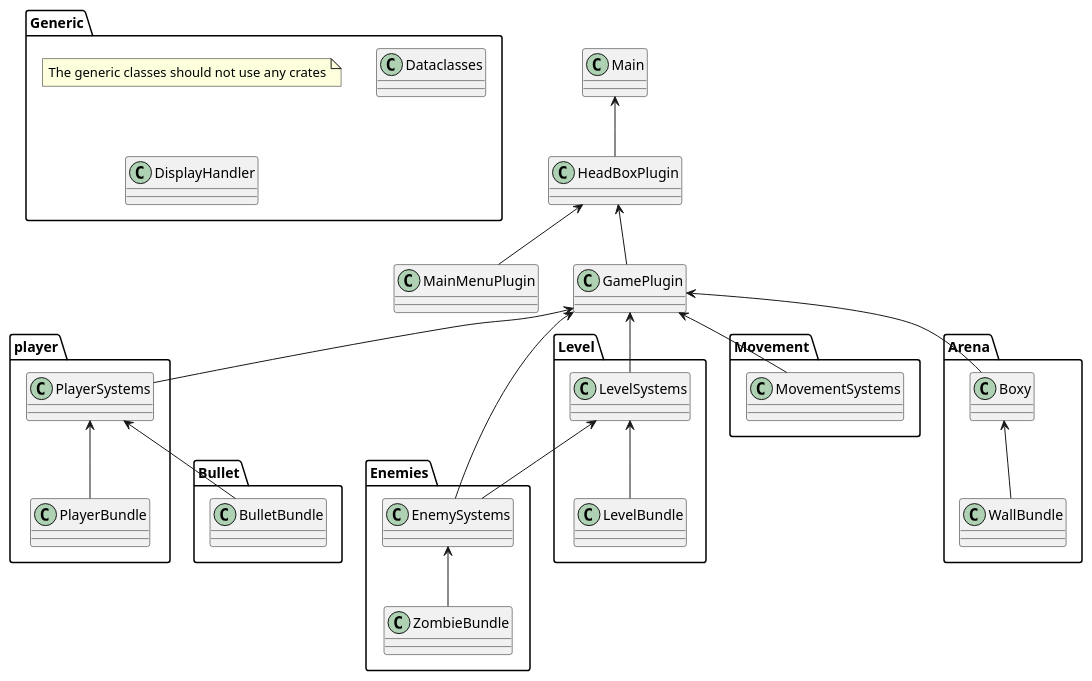
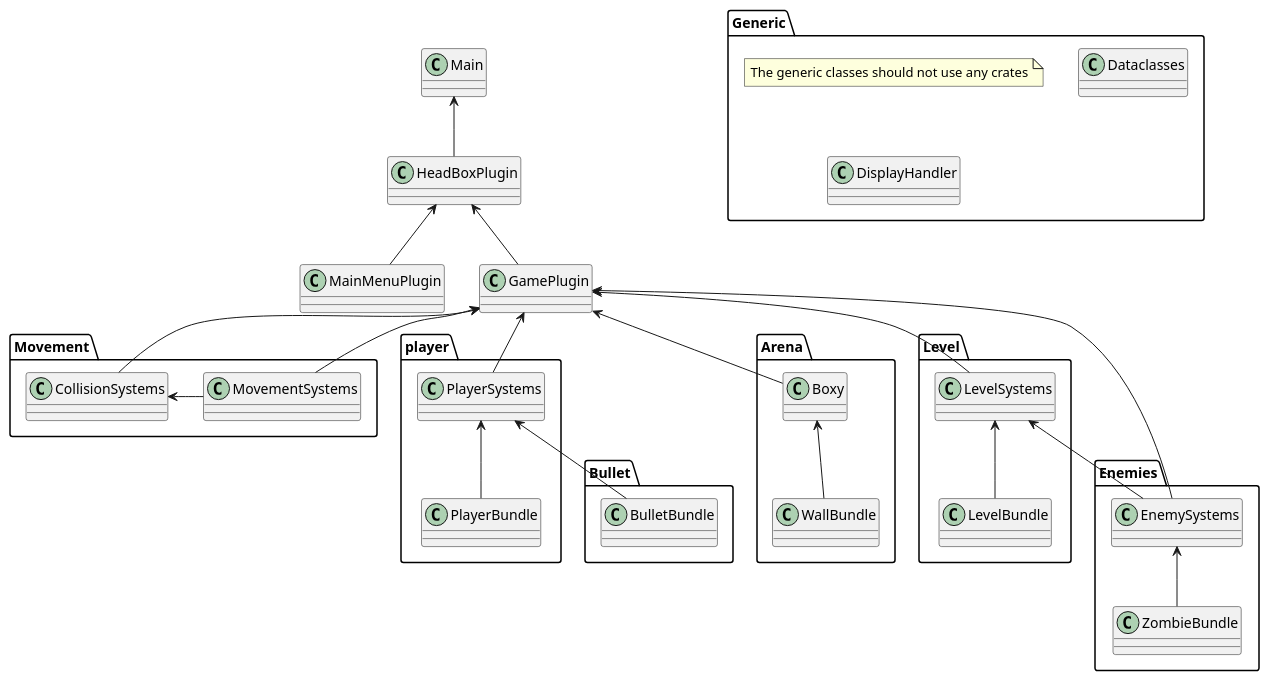
One commit to LuukHenk/head_box changed the diagram in docs/class_layout.puml. Above: the diagram before and after it, drawn with PlantUML. The commit also changed 9 other files, not shown here.

```diff
--- a/docs/class_layout.puml
+++ b/docs/class_layout.puml
@@ -1,62 +1,65 @@
 @startuml
 class Main
 class HeadBoxPlugin
 class MainMenuPlugin
 class GamePlugin
 
 
 package Generic {
     note "The generic classes should not use any crates" as N1
     class Dataclasses
     class DisplayHandler
 }
 
 package player {
     class PlayerSystems
     class PlayerBundle
 }
 
 package Bullet {
     class BulletBundle
 }
 
 package Enemies {
     class EnemySystems
     class ZombieBundle
 }
 package Movement {
     class MovementSystems
+    class CollisionSystems
 }
 package Arena{
     class WallBundle
     class Boxy
 }
 package Level{
     class LevelBundle
     class LevelSystems
 }
 
 
 Main <-- HeadBoxPlugin
 
 HeadBoxPlugin <-- MainMenuPlugin
 HeadBoxPlugin <-- GamePlugin
 
 GamePlugin <-- PlayerSystems
 PlayerSystems <-- PlayerBundle
 
 
 PlayerSystems <-- BulletBundle
 
 GamePlugin <-- EnemySystems
 EnemySystems <-- ZombieBundle
 
 GamePlugin <-- MovementSystems
+GamePlugin <-- CollisionSystems
+CollisionSystems <- MovementSystems
 
 GamePlugin <-- Boxy
 Boxy <-- WallBundle
 
 GamePlugin <-- LevelSystems
 LevelSystems <-- LevelBundle
 LevelSystems <-- EnemySystems
 @enduml
```
